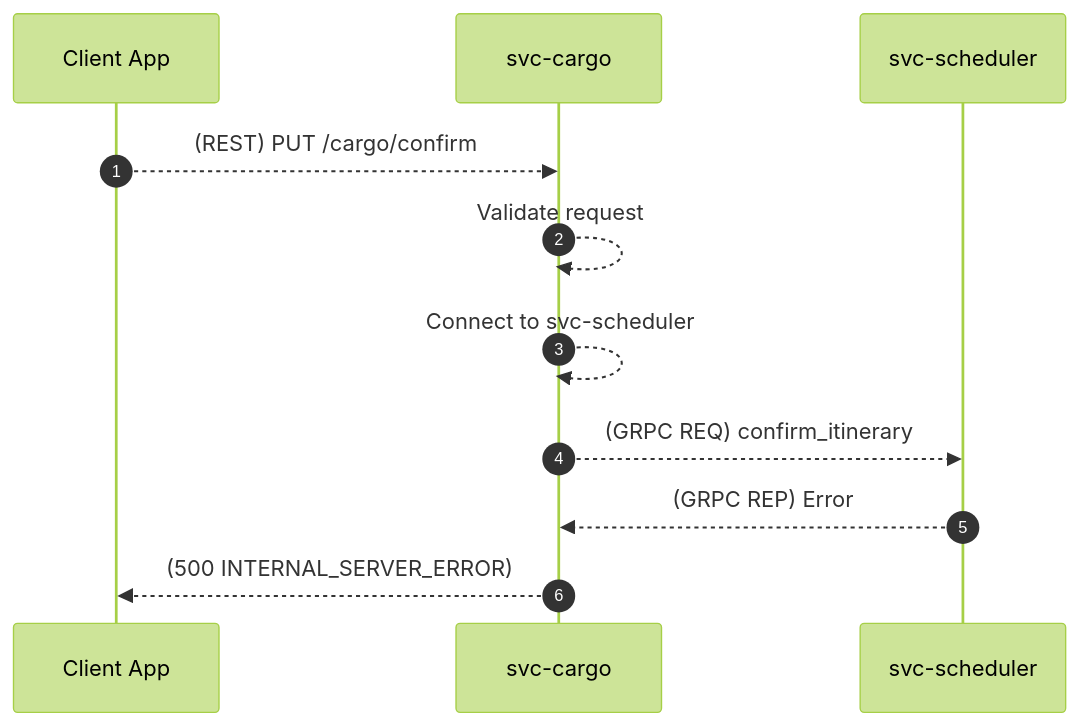
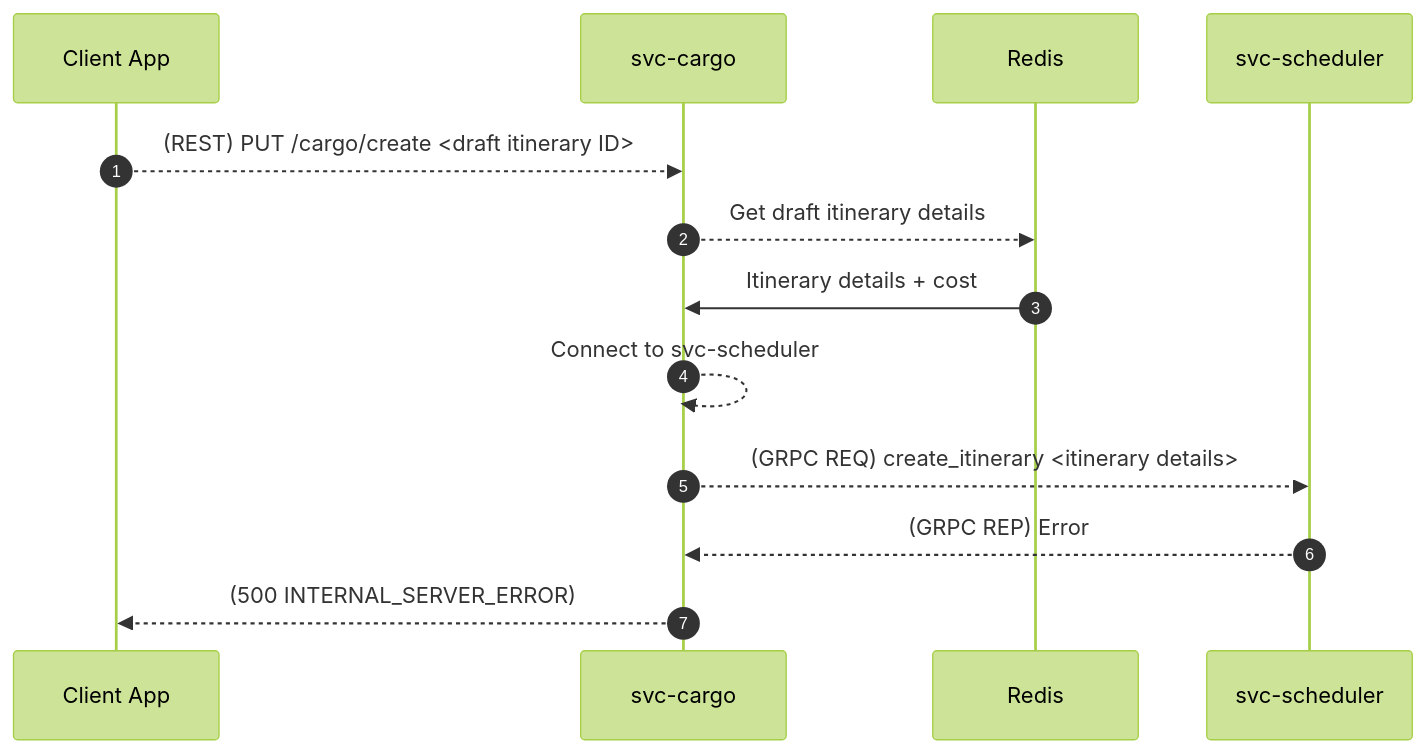
Before and after one commit to aetheric-oss/svc-cargo: diagram 13 of 25 in docs/sdd.md, drawn with Mermaid (forest theme). The commit also changed other lines of this file and 24 other files, not shown here.

Commit message:
feat: add redis connection, update scheduler deps

````diff
--- a/docs/sdd.md
+++ b/docs/sdd.md
@@ -277,13 +301,15 @@
 ```mermaid
 sequenceDiagram
     autonumber
     participant client as Client App
     participant cargo as svc-cargo
+    participant redis as Redis
     participant scheduler as svc-scheduler
-    client-->>cargo: (REST) PUT /cargo/confirm
-    cargo-->>cargo: Validate request
+    client-->>cargo: (REST) PUT /cargo/create <draft itinerary ID>
+    cargo-->>redis: Get draft itinerary details
+    redis->>cargo: Itinerary details + cost
     cargo-->>cargo: Connect to svc-scheduler
-    cargo-->>scheduler: (GRPC REQ) confirm_itinerary
+    cargo-->>scheduler: (GRPC REQ) create_itinerary <itinerary details>
     scheduler-->>cargo: (GRPC REP) Error
     cargo-->>client: (500 INTERNAL_SERVER_ERROR)
 ```
````
